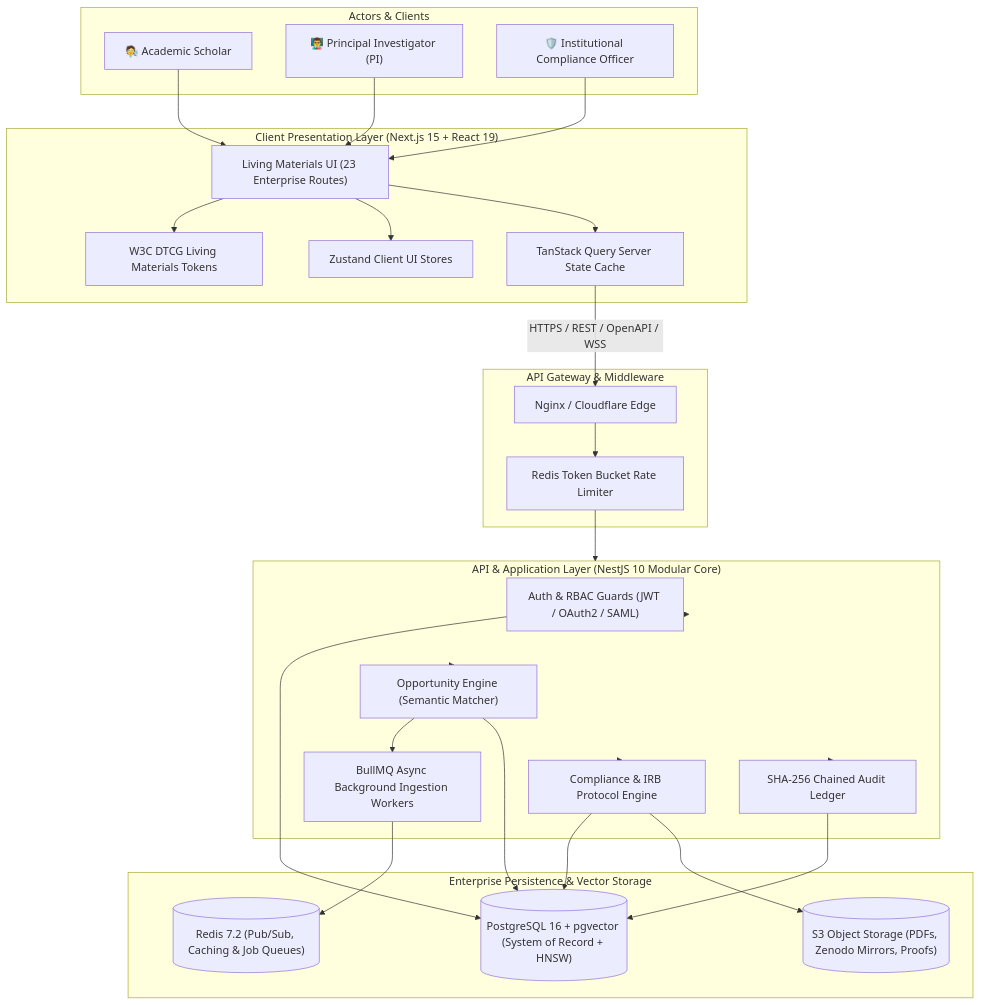
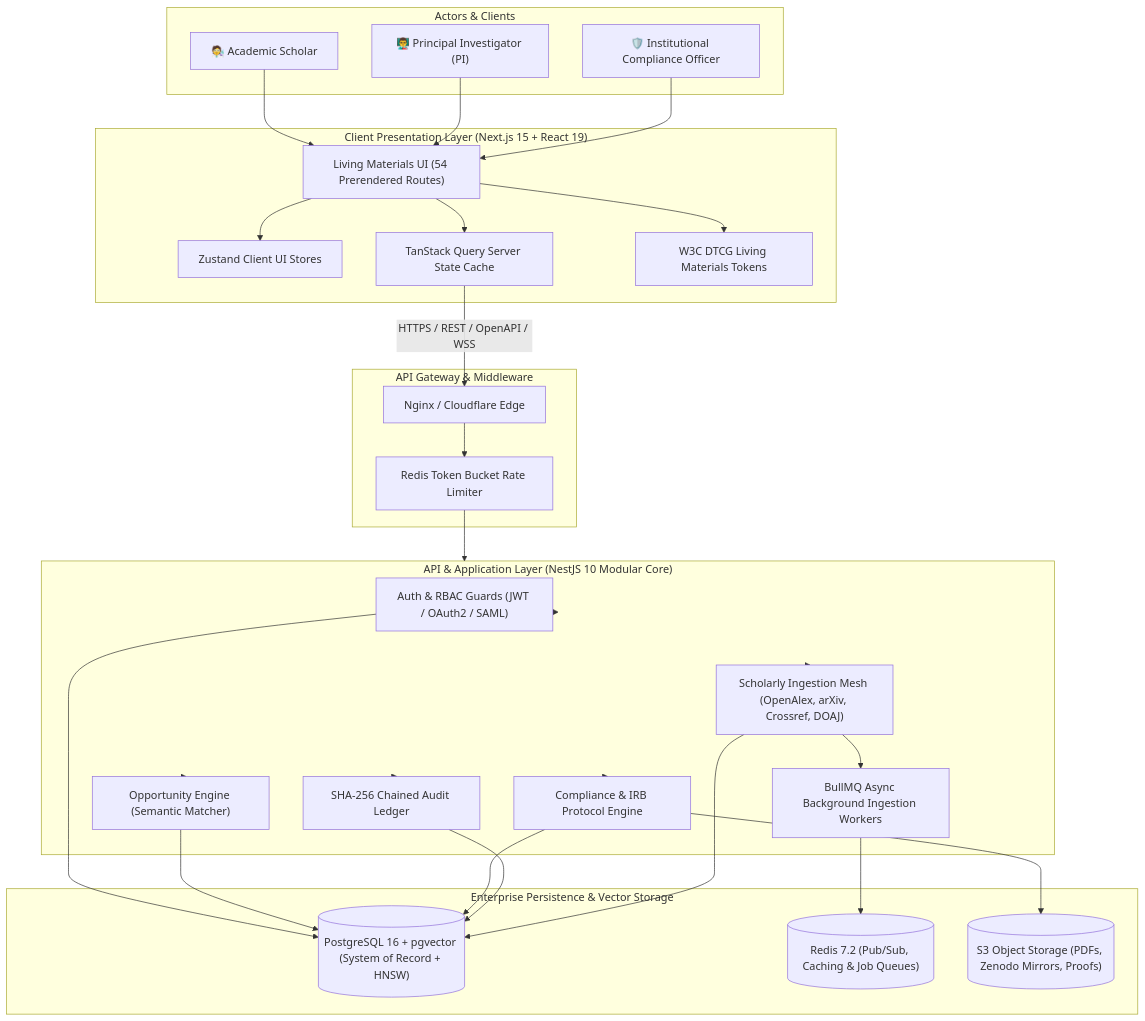
The diagram in README.md (kalviumcommunity/S92_Imthiyas_Capstone_Cambium), drawn with Mermaid before and after one commit. The commit also changed other lines of this file, not shown here.

Commit message:
docs: uplift root README to reflect v2.0 enterprise architecture, live crawler mesh, and GitHub Flow

````diff
--- a/README.md
+++ b/README.md
@@ -330,61 +290,64 @@
 ```mermaid
 graph TB
     subgraph Users ["Actors & Clients"]
         Scholar["🧑‍🔬 Academic Scholar"]
         PI["👨‍🏫 Principal Investigator (PI)"]
         Admin["🛡️ Institutional Compliance Officer"]
     end
 
     subgraph Client ["Client Presentation Layer (Next.js 15 + React 19)"]
-        UI["Living Materials UI (23 Enterprise Routes)"]
+        UI["Living Materials UI (54 Prerendered Routes)"]
         Zustand["Zustand Client UI Stores"]
         TanStack["TanStack Query Server State Cache"]
         Tokens["W3C DTCG Living Materials Tokens"]
     end
 
     subgraph Gateway ["API Gateway & Middleware"]
         ReverseProxy["Nginx / Cloudflare Edge"]
         RateLimiter["Redis Token Bucket Rate Limiter"]
     end
 
     subgraph Server ["API & Application Layer (NestJS 10 Modular Core)"]
         AuthMod["Auth & RBAC Guards (JWT / OAuth2 / SAML)"]
         OppMod["Opportunity Engine (Semantic Matcher)"]
         GovMod["Compliance & IRB Protocol Engine"]
         AuditMod["SHA-256 Chained Audit Ledger"]
+        IngestMod["Scholarly Ingestion Mesh (OpenAlex, arXiv, Crossref, DOAJ)"]
         QueueWorker["BullMQ Async Background Ingestion Workers"]
     end
 
     subgraph Storage ["Enterprise Persistence & Vector Storage"]
         PG[("PostgreSQL 16 + pgvector (System of Record + HNSW)")]
         Redis[("Redis 7.2 (Pub/Sub, Caching & Job Queues)")]
         S3[("S3 Object Storage (PDFs, Zenodo Mirrors, Proofs)")]
     end
 
     Scholar --> UI
     PI --> UI
     Admin --> UI
 
     UI --> Tokens
     UI --> Zustand
     UI --> TanStack
 
     TanStack -->|"HTTPS / REST / OpenAPI / WSS"| ReverseProxy
     ReverseProxy --> RateLimiter
     RateLimiter --> Server
 
     Server --> AuthMod
     Server --> OppMod
     Server --> GovMod
     Server --> AuditMod
+    Server --> IngestMod
 
-    OppMod --> QueueWorker
+    IngestMod --> QueueWorker
     QueueWorker --> Redis
 
     AuthMod --> PG
     OppMod --> PG
     GovMod --> PG
     AuditMod --> PG
+    IngestMod --> PG
 
     GovMod --> S3
 ```
````
